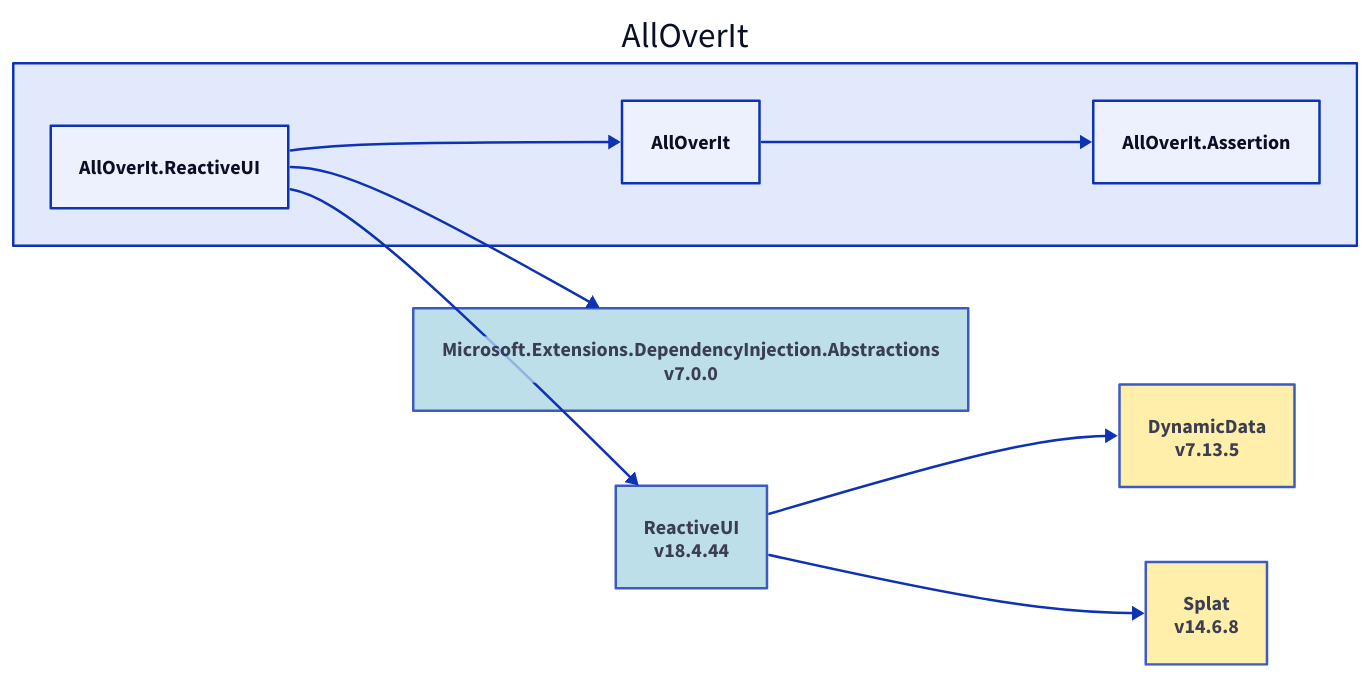
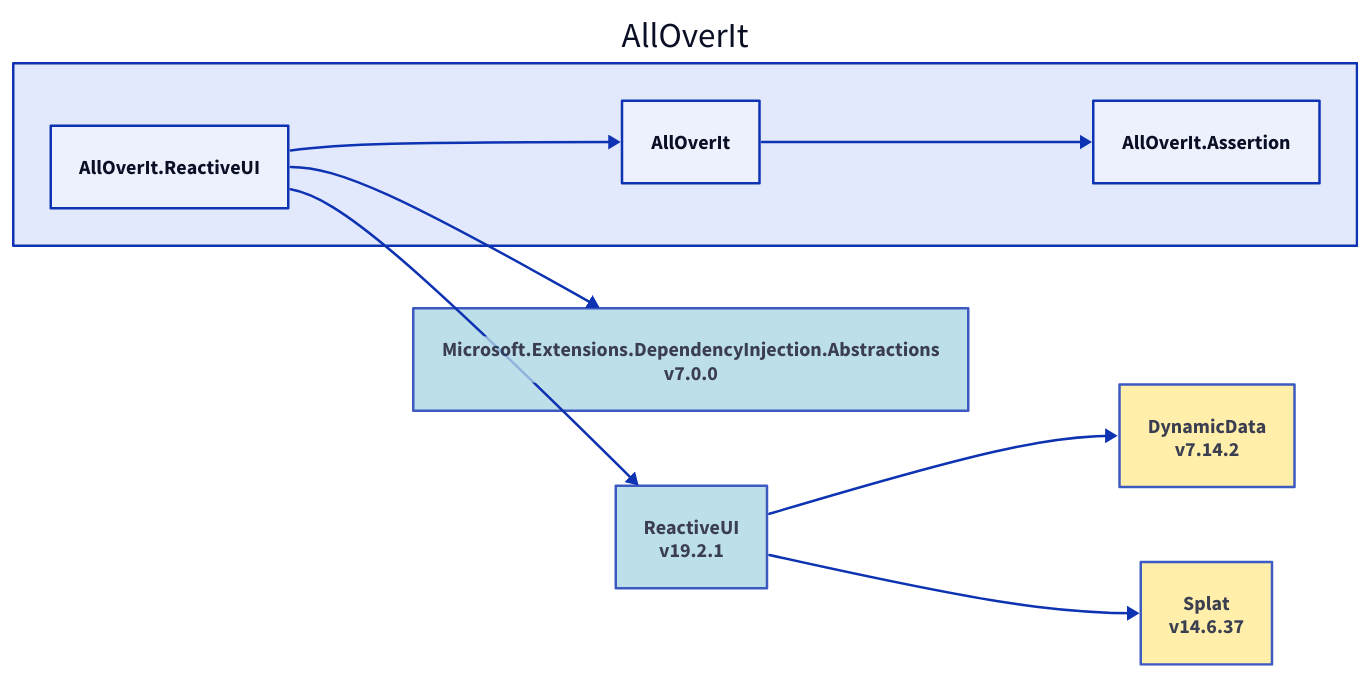
Before and after one commit to nickathone/AllOverIt: the diagram in Docs/Dependencies/alloverit-reactiveui.d2, drawn with D2. The commit also changed 20 other files, not shown here.

Commit message:
Dependency diagram updates

```diff
--- a/Docs/Dependencies/alloverit-reactiveui.d2
+++ b/Docs/Dependencies/alloverit-reactiveui.d2
@@ -1,24 +1,24 @@
 direction: right
 
 aoi: AllOverIt
 aoi.alloverit-reactiveui: AllOverIt.ReactiveUI
 microsoft-extensions-dependencyinjection-abstractions_7-0-0: Microsoft.Extensions.DependencyInjection.Abstractions\nv7.0.0
 microsoft-extensions-dependencyinjection-abstractions_7-0-0.style.fill: "#ADD8E6"
 microsoft-extensions-dependencyinjection-abstractions_7-0-0.style.opacity: 0.8
 microsoft-extensions-dependencyinjection-abstractions_7-0-0 <- aoi.alloverit-reactiveui
-reactiveui_18-4-44: ReactiveUI\nv18.4.44
-reactiveui_18-4-44.style.fill: "#ADD8E6"
-reactiveui_18-4-44.style.opacity: 0.8
-dynamicdata_7-13-5: DynamicData\nv7.13.5
-dynamicdata_7-13-5.style.fill: "#FFEC96"
-dynamicdata_7-13-5.style.opacity: 0.8
-dynamicdata_7-13-5 <- reactiveui_18-4-44
-splat_14-6-8: Splat\nv14.6.8
-splat_14-6-8.style.fill: "#FFEC96"
-splat_14-6-8.style.opacity: 0.8
-splat_14-6-8 <- reactiveui_18-4-44
-reactiveui_18-4-44 <- aoi.alloverit-reactiveui
+reactiveui_19-2-1: ReactiveUI\nv19.2.1
+reactiveui_19-2-1.style.fill: "#ADD8E6"
+reactiveui_19-2-1.style.opacity: 0.8
+dynamicdata_7-14-2: DynamicData\nv7.14.2
+dynamicdata_7-14-2.style.fill: "#FFEC96"
+dynamicdata_7-14-2.style.opacity: 0.8
+dynamicdata_7-14-2 <- reactiveui_19-2-1
+splat_14-6-37: Splat\nv14.6.37
+splat_14-6-37.style.fill: "#FFEC96"
+splat_14-6-37.style.opacity: 0.8
+splat_14-6-37 <- reactiveui_19-2-1
+reactiveui_19-2-1 <- aoi.alloverit-reactiveui
 aoi.alloverit: AllOverIt
 aoi.alloverit-assertion: AllOverIt.Assertion
 aoi.alloverit-assertion <- aoi.alloverit
 aoi.alloverit <- aoi.alloverit-reactiveui
```
